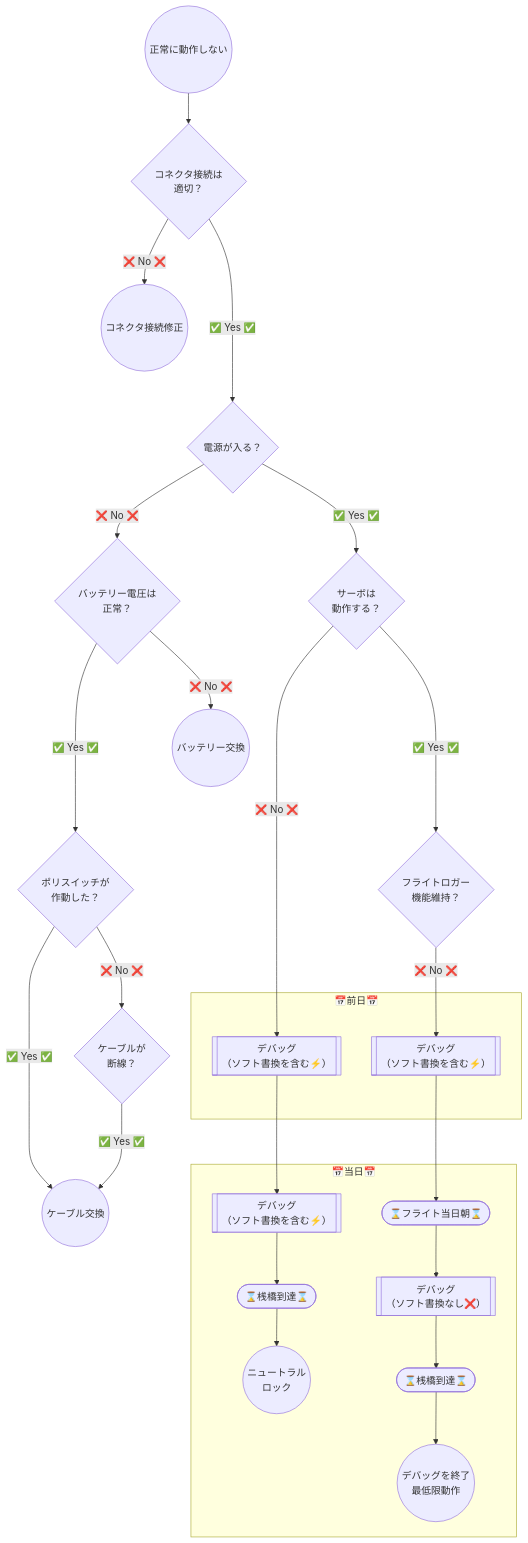
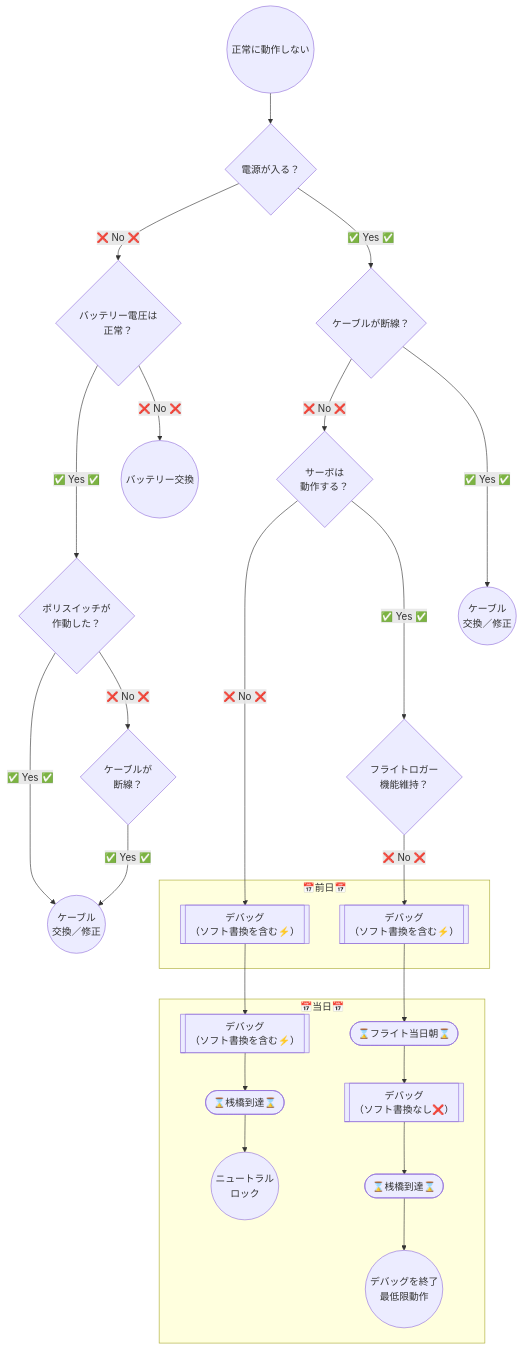
The fourth of 6 diagrams in docs/works/2026-avionics.md (torica-org/electronics-blog), drawn with Mermaid before and after one commit.

```diff
--- a/docs/works/2026-avionics.md
+++ b/docs/works/2026-avionics.md
@@ -233,56 +233,65 @@
 <pre class="mermaid" style="background-color:white;">
 flowchart TD
     error(("正常に動作しない"))
     power{"電源が入る？"}
-    conn{"コネクタ接続は<br>適切？"}
-    connFix(("コネクタ接続修正"))
+    conn{"ケーブルが断線？"}
+    connFix(("ケーブル
+    交換／修正"))
 
-    lipo{"バッテリー電圧は<br>正常？"}
+    lipo{"バッテリー電圧は
+正常？"}
     lipoReplace(("バッテリー交換"))
 
-    poli{"ポリスイッチが<br>作動した？"}
-    cableBreak{"ケーブルが<br>断線？"}
-    cableReplace(("ケーブル交換"))
+    poli{"ポリスイッチが
+作動した？"}
+    cableBreak{"ケーブルが
+断線？"}
+    cableReplace(("ケーブル
+    交換／修正"))
 
+    servo{"サーボは
+動作する？"}
 
-    servo{"サーボは<br>動作する？"}
-
-    log{"フライトロガー<br>機能維持？"}
-
-
+    log{"フライトロガー
+機能維持？"}
 
     subgraph theDayBefore["📅前日📅"]
-        debugServo1[["デバッグ<br>（ソフト書換を含む⚡️）"]]
-        debugLogger[["デバッグ<br>（ソフト書換を含む⚡️）"]]
+        debugServo1[["デバッグ
+（ソフト書換を含む⚡️）"]]
+        debugLogger[["デバッグ
+（ソフト書換を含む⚡️）"]]
     end
 
     subgraph thatDay["📅当日📅"]
-        debugServo2[["デバッグ<br>（ソフト書換を含む⚡️）"]]
-        noSoft[["デバッグ<br>（ソフト書換なし❌️）"]]
+        debugServo2[["デバッグ
+（ソフト書換を含む⚡️）"]]
+        noSoft[["デバッグ
+（ソフト書換なし❌️）"]]
         morning(["⌛️フライト当日朝⌛️"])
         dock(["⌛️桟橋到達⌛️"])
         dockServo(["⌛️桟橋到達⌛️"])
-        giveUp(("デバッグを終了<br>最低限動作"))
-        lock(("ニュートラル<br>ロック"))
+        giveUp(("デバッグを終了
+最低限動作"))
+        lock(("ニュートラル
+ロック"))
     end
 
-    error --> conn
-    conn -- "❌️ No ❌️" --> connFix
-    conn -- "✅️ Yes ✅️" ---> power
+    error --> power
+    conn -- "❌️ No ❌️" --> servo
+    conn -- "✅️ Yes ✅️" ---> connFix
 
     power -- "❌️ No ❌️" --> lipo
     lipo -- "✅️ Yes ✅️" ---> poli
     poli -- "✅️ Yes ✅️" ---> cableReplace
     poli -- "❌️ No ❌️" --> cableBreak 
     cableBreak -- "✅️ Yes ✅️" --> cableReplace
 
     lipo -- "❌️ No ❌️" --> lipoReplace
     
-    power -- "✅️ Yes ✅️" --> servo
+    power -- "✅️ Yes ✅️" --> conn
 
     servo -- "❌️ No ❌️" --> debugServo1 --> debugServo2 --> dockServo--> lock
     servo -- "✅️ Yes ✅️" ---> log
 
     log -- "❌️ No ❌️" --> debugLogger --> morning --> noSoft --> dock --> giveUp
-
 </pre>
```
